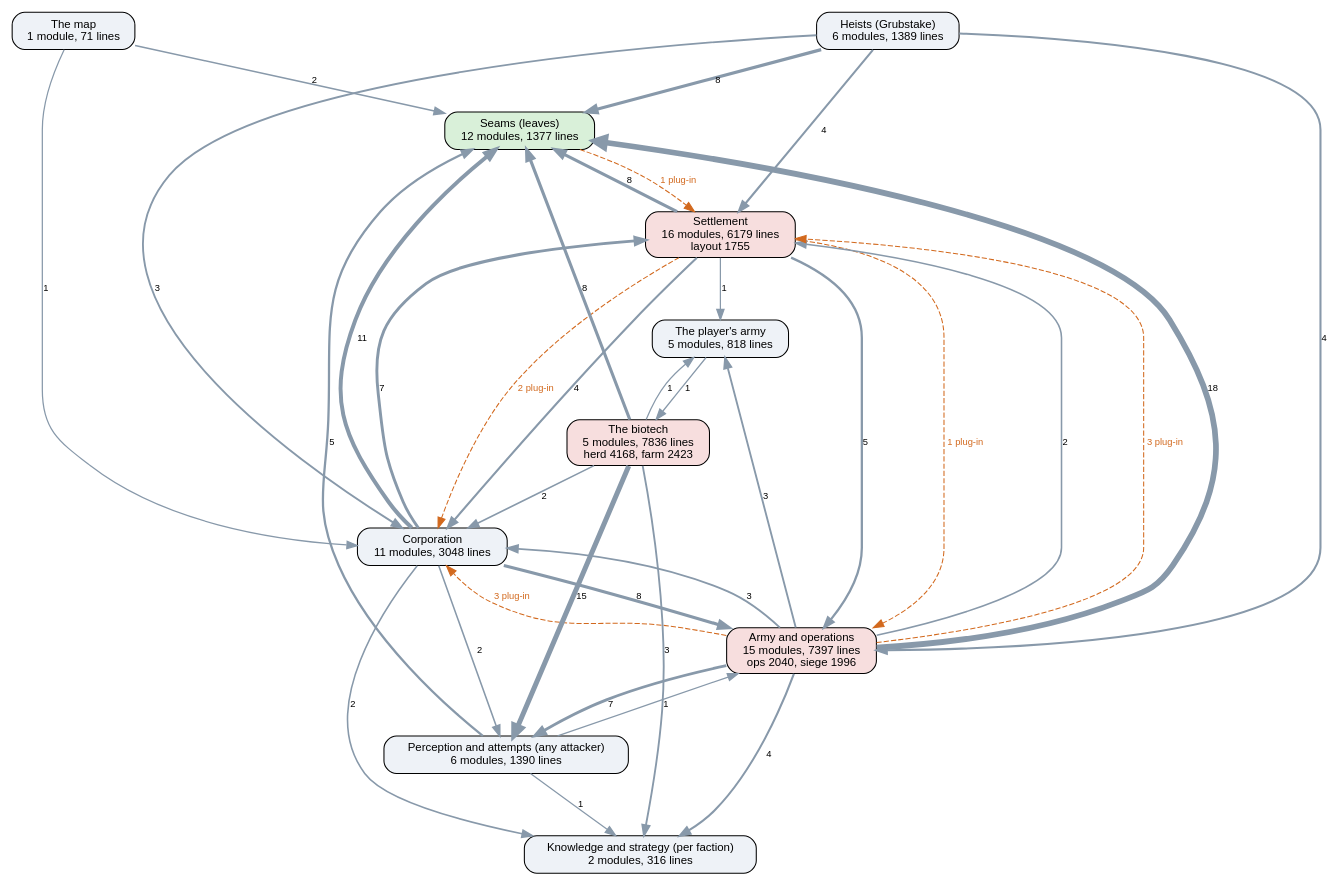
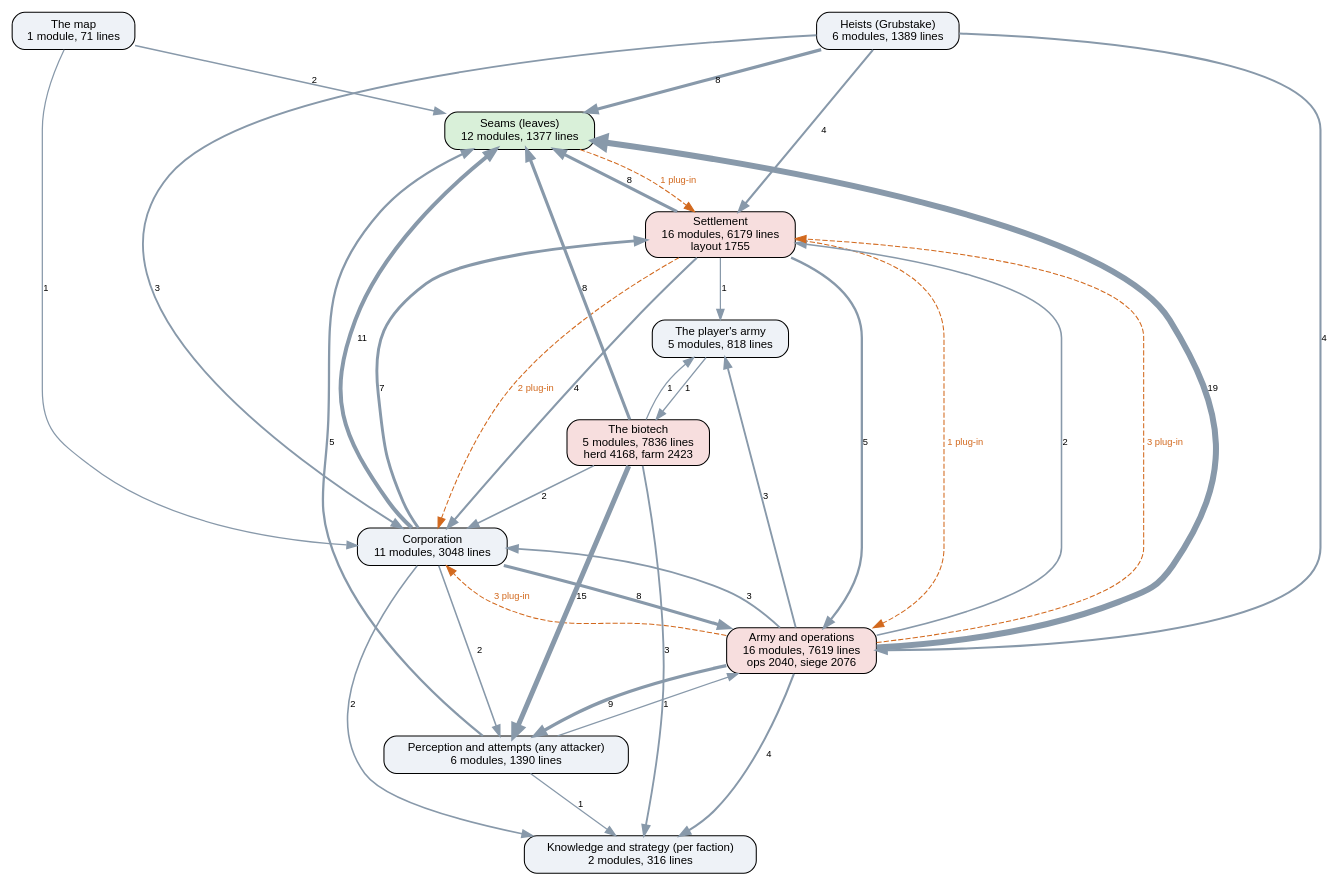
The diagram in docs/ai-layers.dot (kinelhu/landing-party), drawn with Graphviz before and after one commit. The commit also changed 14 other files, not shown here.

```diff
--- a/docs/ai-layers.dot
+++ b/docs/ai-layers.dot
@@ -1,50 +1,50 @@
 digraph layers {
   graph [rankdir=TB, fontname="Helvetica", nodesep=0.5, ranksep=0.7];
   node [shape=box, style="rounded,filled", fontname="Helvetica", fontsize=11, fillcolor="#eef2f7"];
   edge [color="#8899aa", fontname="Helvetica", fontsize=9];
   "Seams (leaves)" [label="Seams (leaves)\n12 modules, 1377 lines", fillcolor="#d9f0d9"];
   "Perception and attempts (any attacker)" [label="Perception and attempts (any attacker)\n6 modules, 1390 lines", fillcolor="#eef2f7"];
   "Knowledge and strategy (per faction)" [label="Knowledge and strategy (per faction)\n2 modules, 316 lines", fillcolor="#eef2f7"];
   "Corporation" [label="Corporation\n11 modules, 3048 lines", fillcolor="#eef2f7"];
   "Settlement" [label="Settlement\n16 modules, 6179 lines\nlayout 1755", fillcolor="#f7dede"];
-  "Army and operations" [label="Army and operations\n15 modules, 7397 lines\nops 2040, siege 1996", fillcolor="#f7dede"];
+  "Army and operations" [label="Army and operations\n16 modules, 7619 lines\nops 2040, siege 2076", fillcolor="#f7dede"];
   "Heists (Grubstake)" [label="Heists (Grubstake)\n6 modules, 1389 lines", fillcolor="#eef2f7"];
   "The biotech" [label="The biotech\n5 modules, 7836 lines\nherd 4168, farm 2423", fillcolor="#f7dede"];
   "The map" [label="The map\n1 module, 71 lines", fillcolor="#eef2f7"];
   "The player's army" [label="The player's army\n5 modules, 818 lines", fillcolor="#eef2f7"];
   "Army and operations" -> "Corporation" [label="3", penwidth=1.8];
   "Army and operations" -> "Knowledge and strategy (per faction)" [label="4", penwidth=2.0];
-  "Army and operations" -> "Perception and attempts (any attacker)" [label="7", penwidth=2.8];
-  "Army and operations" -> "Seams (leaves)" [label="18", penwidth=5.5];
+  "Army and operations" -> "Perception and attempts (any attacker)" [label="9", penwidth=3.2];
+  "Army and operations" -> "Seams (leaves)" [label="19", penwidth=5.8];
   "Army and operations" -> "Settlement" [label="2", penwidth=1.5];
   "Army and operations" -> "The player's army" [label="3", penwidth=1.8];
   "Corporation" -> "Army and operations" [label="8", penwidth=3.0];
   "Corporation" -> "Knowledge and strategy (per faction)" [label="2", penwidth=1.5];
   "Corporation" -> "Perception and attempts (any attacker)" [label="2", penwidth=1.5];
   "Corporation" -> "Seams (leaves)" [label="11", penwidth=3.8];
   "Corporation" -> "Settlement" [label="7", penwidth=2.8];
   "Heists (Grubstake)" -> "Army and operations" [label="4", penwidth=2.0];
   "Heists (Grubstake)" -> "Corporation" [label="3", penwidth=1.8];
   "Heists (Grubstake)" -> "Seams (leaves)" [label="8", penwidth=3.0];
   "Heists (Grubstake)" -> "Settlement" [label="4", penwidth=2.0];
   "Perception and attempts (any attacker)" -> "Army and operations" [label="1", penwidth=1.2];
   "Perception and attempts (any attacker)" -> "Knowledge and strategy (per faction)" [label="1", penwidth=1.2];
   "Perception and attempts (any attacker)" -> "Seams (leaves)" [label="5", penwidth=2.2];
   "Settlement" -> "Army and operations" [label="5", penwidth=2.2];
   "Settlement" -> "Corporation" [label="4", penwidth=2.0];
   "Settlement" -> "Seams (leaves)" [label="8", penwidth=3.0];
   "Settlement" -> "The player's army" [label="1", penwidth=1.2];
   "The biotech" -> "Corporation" [label="2", penwidth=1.5];
   "The biotech" -> "Knowledge and strategy (per faction)" [label="3", penwidth=1.8];
   "The biotech" -> "Perception and attempts (any attacker)" [label="15", penwidth=4.8];
   "The biotech" -> "Seams (leaves)" [label="8", penwidth=3.0];
   "The biotech" -> "The player's army" [label="1", penwidth=1.2];
   "The map" -> "Corporation" [label="1", penwidth=1.2];
   "The map" -> "Seams (leaves)" [label="2", penwidth=1.5];
   "The player's army" -> "The biotech" [label="1", penwidth=1.2];
   "Army and operations" -> "Corporation" [style=dashed, color="#d2691e", fontcolor="#d2691e", label="3 plug-in"];
   "Army and operations" -> "Settlement" [style=dashed, color="#d2691e", fontcolor="#d2691e", label="3 plug-in"];
   "Seams (leaves)" -> "Settlement" [style=dashed, color="#d2691e", fontcolor="#d2691e", label="1 plug-in"];
   "Settlement" -> "Army and operations" [style=dashed, color="#d2691e", fontcolor="#d2691e", label="1 plug-in"];
   "Settlement" -> "Corporation" [style=dashed, color="#d2691e", fontcolor="#d2691e", label="2 plug-in"];
 }
```
